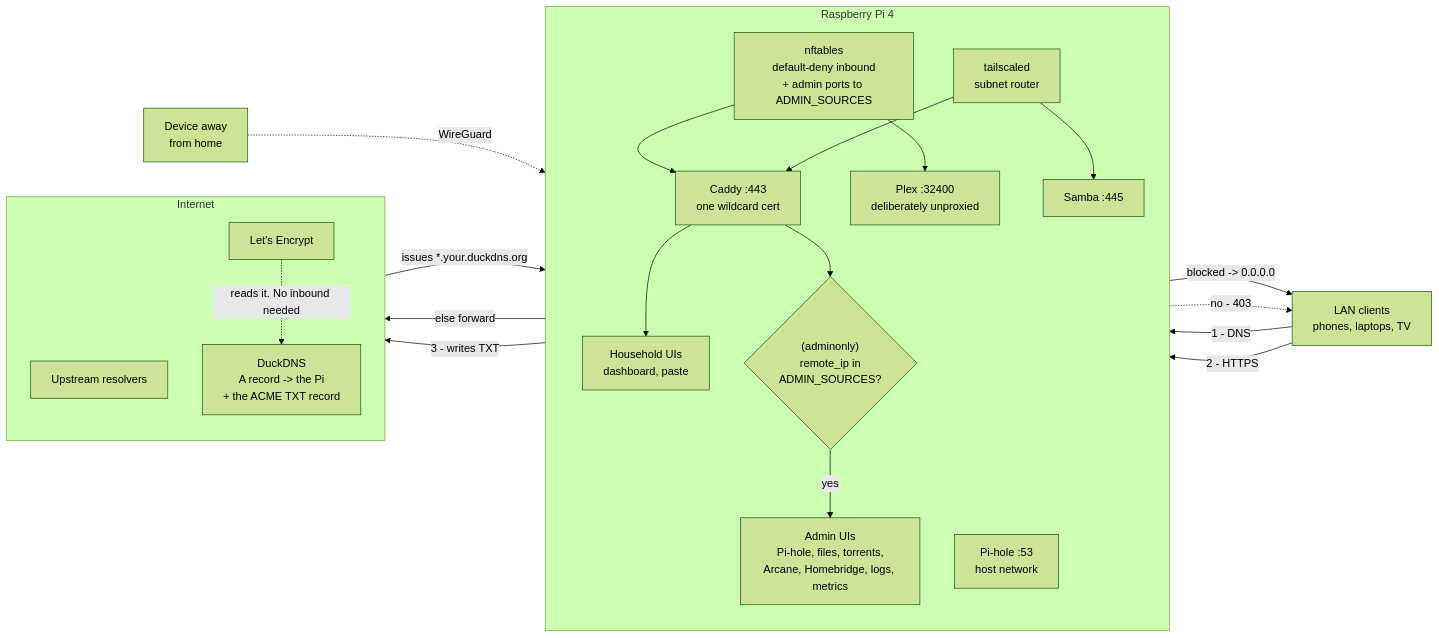
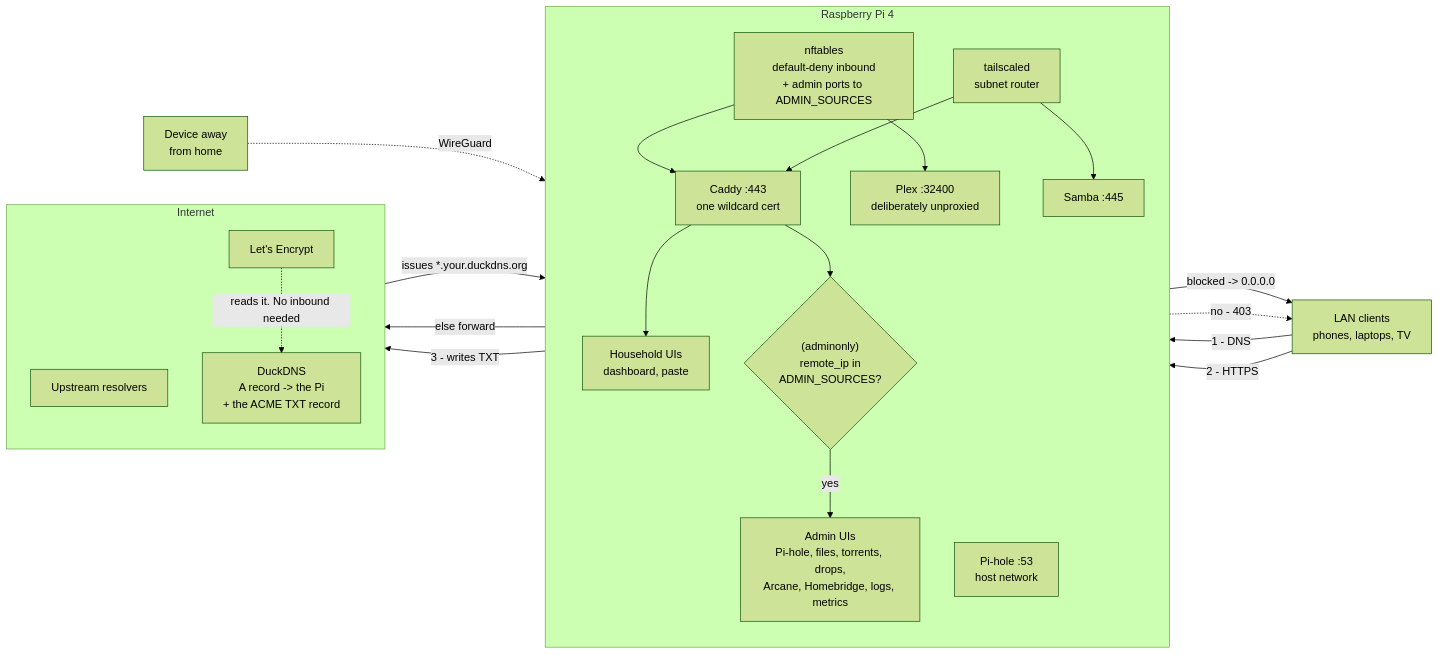
One commit to butteredstardust/homeberry changed the first of 2 diagrams in README.md. Above: the diagram before and after it, drawn with Mermaid (forest theme). The commit also changed other lines of this file and 15 other files, not shown here.

````diff
--- a/README.md
+++ b/README.md
@@ -84,42 +85,42 @@
 ```mermaid
 flowchart LR
     CLI["LAN clients<br/>phones, laptops, TV"]
     REM["Device away<br/>from home"]
 
     subgraph pi["Raspberry Pi 4"]
         direction TB
         NFT["nftables<br/>default-deny inbound<br/>+ admin ports to ADMIN_SOURCES"]
         PH["Pi-hole :53<br/>host network"]
         TS["tailscaled<br/>subnet router"]
         CAD["Caddy :443<br/>one wildcard cert"]
         ADM{"(adminonly)<br/>remote_ip in<br/>ADMIN_SOURCES?"}
         APPS["Household UIs<br/>dashboard, paste"]
-        ADMIN["Admin UIs<br/>Pi-hole, files, torrents,<br/>Arcane, Homebridge, logs, metrics"]
+        ADMIN["Admin UIs<br/>Pi-hole, files, torrents, drops,<br/>Arcane, Homebridge, logs, metrics"]
         PLEX["Plex :32400<br/>deliberately unproxied"]
         SMB["Samba :445"]
     end
 
     subgraph net["Internet"]
         direction TB
         UP["Upstream resolvers"]
         DUCK["DuckDNS<br/>A record -> the Pi<br/>+ the ACME TXT record"]
         LE["Let's Encrypt"]
     end
 
     CLI -->|"1 - DNS"| PH
     PH -->|"blocked -> 0.0.0.0"| CLI
     PH -->|"else forward"| UP
     CLI -->|"2 - HTTPS"| NFT
     NFT --> CAD
     NFT --> PLEX
     CAD --> APPS
     CAD --> ADM
     ADM -->|"yes"| ADMIN
     ADM -.->|"no - 403"| CLI
     CAD -->|"3 - writes TXT"| DUCK
     LE -.->|"reads it. No inbound needed"| DUCK
     LE -->|"issues *.your.duckdns.org"| CAD
     REM -.->|"WireGuard"| TS
     TS --> CAD
     TS --> SMB
 ```
````
